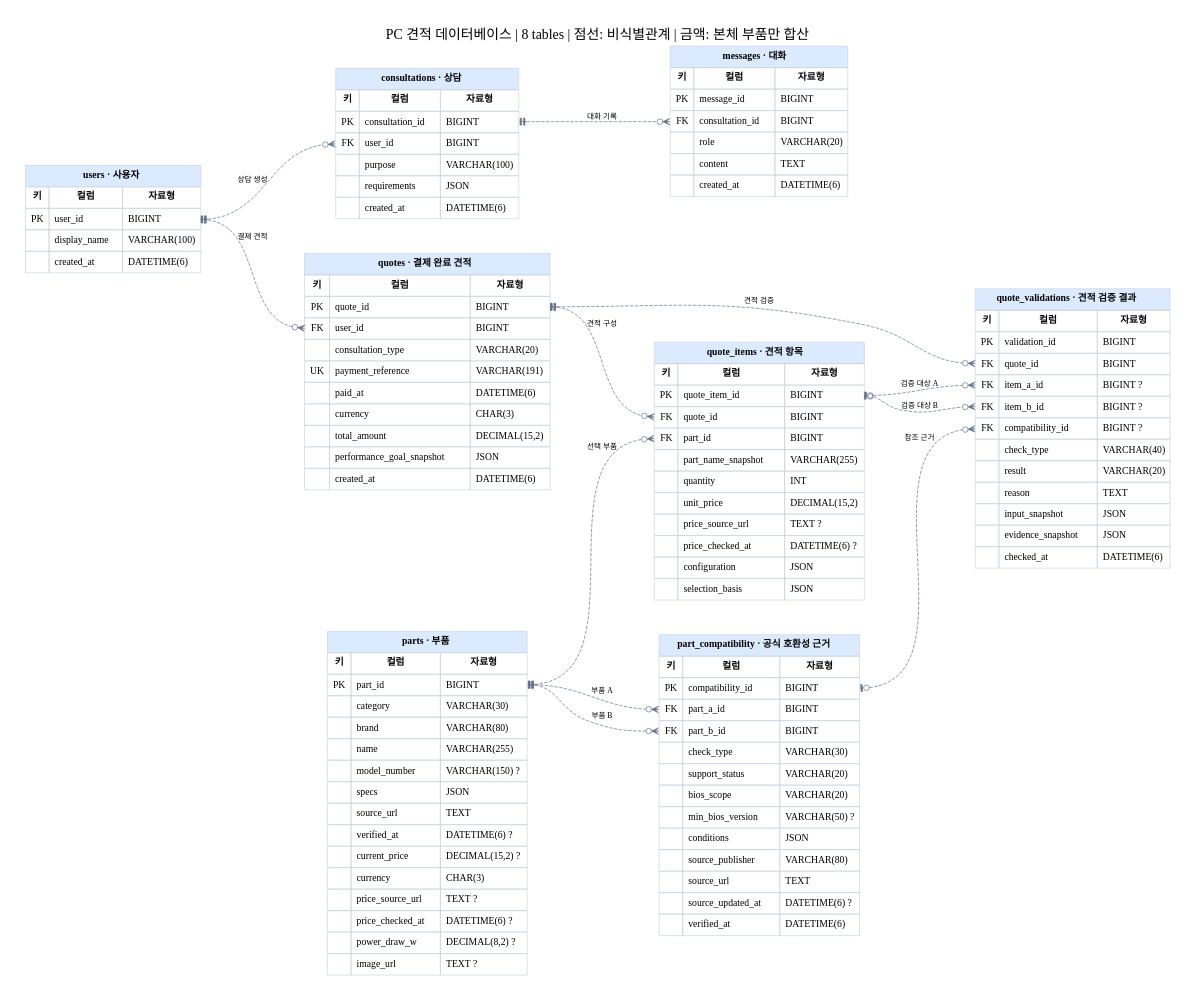
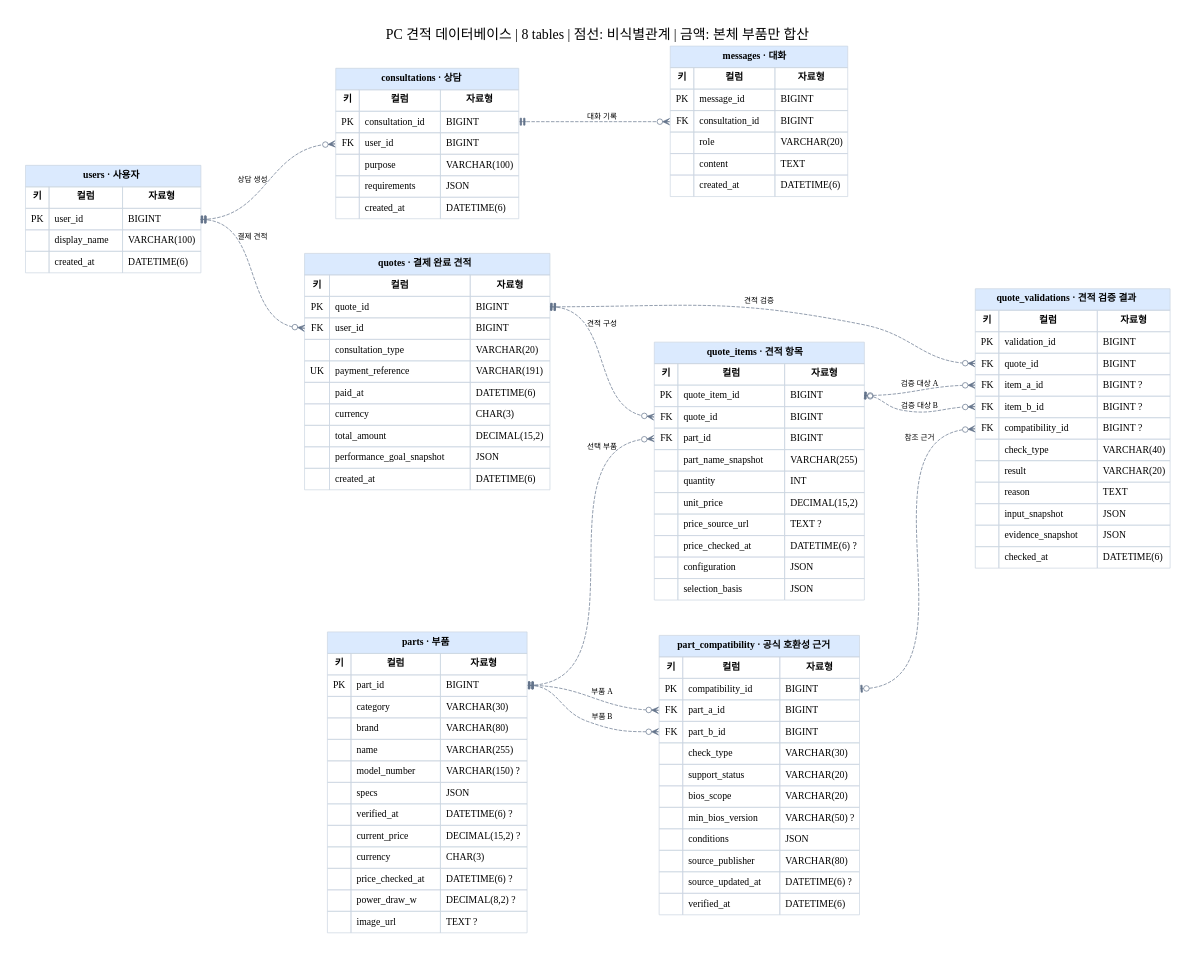
The diagram in docs/database/erd/schema.dot (SKNETWORKS-FAMILY-AICAMP/SKN35-FINAL-6TEAM), drawn with Graphviz before and after one commit. The commit also changed 18 other files, not shown here.

```diff
--- a/docs/database/erd/schema.dot
+++ b/docs/database/erd/schema.dot
@@ -5,10 +5,10 @@
 users [label=<<TABLE BORDER="0" CELLBORDER="1" CELLSPACING="0" CELLPADDING="7" COLOR="#cbd5e1"><TR><TD COLSPAN="3" BGCOLOR="#dbeafe"><B>users · 사용자</B></TD></TR><TR><TD><B>키</B></TD><TD><B>컬럼</B></TD><TD><B>자료형</B></TD></TR><TR><TD PORT="user_id_in">PK</TD><TD ALIGN="LEFT">user_id</TD><TD PORT="user_id_out" ALIGN="LEFT">BIGINT</TD></TR><TR><TD PORT="display_name_in"></TD><TD ALIGN="LEFT">display_name</TD><TD PORT="display_name_out" ALIGN="LEFT">VARCHAR(100)</TD></TR><TR><TD PORT="created_at_in"></TD><TD ALIGN="LEFT">created_at</TD><TD PORT="created_at_out" ALIGN="LEFT">DATETIME(6)</TD></TR></TABLE>>];
 consultations [label=<<TABLE BORDER="0" CELLBORDER="1" CELLSPACING="0" CELLPADDING="7" COLOR="#cbd5e1"><TR><TD COLSPAN="3" BGCOLOR="#dbeafe"><B>consultations · 상담</B></TD></TR><TR><TD><B>키</B></TD><TD><B>컬럼</B></TD><TD><B>자료형</B></TD></TR><TR><TD PORT="consultation_id_in">PK</TD><TD ALIGN="LEFT">consultation_id</TD><TD PORT="consultation_id_out" ALIGN="LEFT">BIGINT</TD></TR><TR><TD PORT="user_id_in">FK</TD><TD ALIGN="LEFT">user_id</TD><TD PORT="user_id_out" ALIGN="LEFT">BIGINT</TD></TR><TR><TD PORT="purpose_in"></TD><TD ALIGN="LEFT">purpose</TD><TD PORT="purpose_out" ALIGN="LEFT">VARCHAR(100)</TD></TR><TR><TD PORT="requirements_in"></TD><TD ALIGN="LEFT">requirements</TD><TD PORT="requirements_out" ALIGN="LEFT">JSON</TD></TR><TR><TD PORT="created_at_in"></TD><TD ALIGN="LEFT">created_at</TD><TD PORT="created_at_out" ALIGN="LEFT">DATETIME(6)</TD></TR></TABLE>>];
 messages [label=<<TABLE BORDER="0" CELLBORDER="1" CELLSPACING="0" CELLPADDING="7" COLOR="#cbd5e1"><TR><TD COLSPAN="3" BGCOLOR="#dbeafe"><B>messages · 대화</B></TD></TR><TR><TD><B>키</B></TD><TD><B>컬럼</B></TD><TD><B>자료형</B></TD></TR><TR><TD PORT="message_id_in">PK</TD><TD ALIGN="LEFT">message_id</TD><TD PORT="message_id_out" ALIGN="LEFT">BIGINT</TD></TR><TR><TD PORT="consultation_id_in">FK</TD><TD ALIGN="LEFT">consultation_id</TD><TD PORT="consultation_id_out" ALIGN="LEFT">BIGINT</TD></TR><TR><TD PORT="role_in"></TD><TD ALIGN="LEFT">role</TD><TD PORT="role_out" ALIGN="LEFT">VARCHAR(20)</TD></TR><TR><TD PORT="content_in"></TD><TD ALIGN="LEFT">content</TD><TD PORT="content_out" ALIGN="LEFT">TEXT</TD></TR><TR><TD PORT="created_at_in"></TD><TD ALIGN="LEFT">created_at</TD><TD PORT="created_at_out" ALIGN="LEFT">DATETIME(6)</TD></TR></TABLE>>];
-parts [label=<<TABLE BORDER="0" CELLBORDER="1" CELLSPACING="0" CELLPADDING="7" COLOR="#cbd5e1"><TR><TD COLSPAN="3" BGCOLOR="#dbeafe"><B>parts · 부품</B></TD></TR><TR><TD><B>키</B></TD><TD><B>컬럼</B></TD><TD><B>자료형</B></TD></TR><TR><TD PORT="part_id_in">PK</TD><TD ALIGN="LEFT">part_id</TD><TD PORT="part_id_out" ALIGN="LEFT">BIGINT</TD></TR><TR><TD PORT="category_in"></TD><TD ALIGN="LEFT">category</TD><TD PORT="category_out" ALIGN="LEFT">VARCHAR(30)</TD></TR><TR><TD PORT="brand_in"></TD><TD ALIGN="LEFT">brand</TD><TD PORT="brand_out" ALIGN="LEFT">VARCHAR(80)</TD></TR><TR><TD PORT="name_in"></TD><TD ALIGN="LEFT">name</TD><TD PORT="name_out" ALIGN="LEFT">VARCHAR(255)</TD></TR><TR><TD PORT="model_number_in"></TD><TD ALIGN="LEFT">model_number</TD><TD PORT="model_number_out" ALIGN="LEFT">VARCHAR(150) ?</TD></TR><TR><TD PORT="specs_in"></TD><TD ALIGN="LEFT">specs</TD><TD PORT="specs_out" ALIGN="LEFT">JSON</TD></TR><TR><TD PORT="source_url_in"></TD><TD ALIGN="LEFT">source_url</TD><TD PORT="source_url_out" ALIGN="LEFT">TEXT</TD></TR><TR><TD PORT="verified_at_in"></TD><TD ALIGN="LEFT">verified_at</TD><TD PORT="verified_at_out" ALIGN="LEFT">DATETIME(6) ?</TD></TR><TR><TD PORT="current_price_in"></TD><TD ALIGN="LEFT">current_price</TD><TD PORT="current_price_out" ALIGN="LEFT">DECIMAL(15,2) ?</TD></TR><TR><TD PORT="currency_in"></TD><TD ALIGN="LEFT">currency</TD><TD PORT="currency_out" ALIGN="LEFT">CHAR(3)</TD></TR><TR><TD PORT="price_source_url_in"></TD><TD ALIGN="LEFT">price_source_url</TD><TD PORT="price_source_url_out" ALIGN="LEFT">TEXT ?</TD></TR><TR><TD PORT="price_checked_at_in"></TD><TD ALIGN="LEFT">price_checked_at</TD><TD PORT="price_checked_at_out" ALIGN="LEFT">DATETIME(6) ?</TD></TR><TR><TD PORT="power_draw_w_in"></TD><TD ALIGN="LEFT">power_draw_w</TD><TD PORT="power_draw_w_out" ALIGN="LEFT">DECIMAL(8,2) ?</TD></TR><TR><TD PORT="image_url_in"></TD><TD ALIGN="LEFT">image_url</TD><TD PORT="image_url_out" ALIGN="LEFT">TEXT ?</TD></TR></TABLE>>];
+parts [label=<<TABLE BORDER="0" CELLBORDER="1" CELLSPACING="0" CELLPADDING="7" COLOR="#cbd5e1"><TR><TD COLSPAN="3" BGCOLOR="#dbeafe"><B>parts · 부품</B></TD></TR><TR><TD><B>키</B></TD><TD><B>컬럼</B></TD><TD><B>자료형</B></TD></TR><TR><TD PORT="part_id_in">PK</TD><TD ALIGN="LEFT">part_id</TD><TD PORT="part_id_out" ALIGN="LEFT">BIGINT</TD></TR><TR><TD PORT="category_in"></TD><TD ALIGN="LEFT">category</TD><TD PORT="category_out" ALIGN="LEFT">VARCHAR(30)</TD></TR><TR><TD PORT="brand_in"></TD><TD ALIGN="LEFT">brand</TD><TD PORT="brand_out" ALIGN="LEFT">VARCHAR(80)</TD></TR><TR><TD PORT="name_in"></TD><TD ALIGN="LEFT">name</TD><TD PORT="name_out" ALIGN="LEFT">VARCHAR(255)</TD></TR><TR><TD PORT="model_number_in"></TD><TD ALIGN="LEFT">model_number</TD><TD PORT="model_number_out" ALIGN="LEFT">VARCHAR(150) ?</TD></TR><TR><TD PORT="specs_in"></TD><TD ALIGN="LEFT">specs</TD><TD PORT="specs_out" ALIGN="LEFT">JSON</TD></TR><TR><TD PORT="verified_at_in"></TD><TD ALIGN="LEFT">verified_at</TD><TD PORT="verified_at_out" ALIGN="LEFT">DATETIME(6) ?</TD></TR><TR><TD PORT="current_price_in"></TD><TD ALIGN="LEFT">current_price</TD><TD PORT="current_price_out" ALIGN="LEFT">DECIMAL(15,2) ?</TD></TR><TR><TD PORT="currency_in"></TD><TD ALIGN="LEFT">currency</TD><TD PORT="currency_out" ALIGN="LEFT">CHAR(3)</TD></TR><TR><TD PORT="price_checked_at_in"></TD><TD ALIGN="LEFT">price_checked_at</TD><TD PORT="price_checked_at_out" ALIGN="LEFT">DATETIME(6) ?</TD></TR><TR><TD PORT="power_draw_w_in"></TD><TD ALIGN="LEFT">power_draw_w</TD><TD PORT="power_draw_w_out" ALIGN="LEFT">DECIMAL(8,2) ?</TD></TR><TR><TD PORT="image_url_in"></TD><TD ALIGN="LEFT">image_url</TD><TD PORT="image_url_out" ALIGN="LEFT">TEXT ?</TD></TR></TABLE>>];
 quotes [label=<<TABLE BORDER="0" CELLBORDER="1" CELLSPACING="0" CELLPADDING="7" COLOR="#cbd5e1"><TR><TD COLSPAN="3" BGCOLOR="#dbeafe"><B>quotes · 결제 완료 견적</B></TD></TR><TR><TD><B>키</B></TD><TD><B>컬럼</B></TD><TD><B>자료형</B></TD></TR><TR><TD PORT="quote_id_in">PK</TD><TD ALIGN="LEFT">quote_id</TD><TD PORT="quote_id_out" ALIGN="LEFT">BIGINT</TD></TR><TR><TD PORT="user_id_in">FK</TD><TD ALIGN="LEFT">user_id</TD><TD PORT="user_id_out" ALIGN="LEFT">BIGINT</TD></TR><TR><TD PORT="consultation_type_in"></TD><TD ALIGN="LEFT">consultation_type</TD><TD PORT="consultation_type_out" ALIGN="LEFT">VARCHAR(20)</TD></TR><TR><TD PORT="payment_reference_in">UK</TD><TD ALIGN="LEFT">payment_reference</TD><TD PORT="payment_reference_out" ALIGN="LEFT">VARCHAR(191)</TD></TR><TR><TD PORT="paid_at_in"></TD><TD ALIGN="LEFT">paid_at</TD><TD PORT="paid_at_out" ALIGN="LEFT">DATETIME(6)</TD></TR><TR><TD PORT="currency_in"></TD><TD ALIGN="LEFT">currency</TD><TD PORT="currency_out" ALIGN="LEFT">CHAR(3)</TD></TR><TR><TD PORT="total_amount_in"></TD><TD ALIGN="LEFT">total_amount</TD><TD PORT="total_amount_out" ALIGN="LEFT">DECIMAL(15,2)</TD></TR><TR><TD PORT="performance_goal_snapshot_in"></TD><TD ALIGN="LEFT">performance_goal_snapshot</TD><TD PORT="performance_goal_snapshot_out" ALIGN="LEFT">JSON</TD></TR><TR><TD PORT="created_at_in"></TD><TD ALIGN="LEFT">created_at</TD><TD PORT="created_at_out" ALIGN="LEFT">DATETIME(6)</TD></TR></TABLE>>];
 quote_items [label=<<TABLE BORDER="0" CELLBORDER="1" CELLSPACING="0" CELLPADDING="7" COLOR="#cbd5e1"><TR><TD COLSPAN="3" BGCOLOR="#dbeafe"><B>quote_items · 견적 항목</B></TD></TR><TR><TD><B>키</B></TD><TD><B>컬럼</B></TD><TD><B>자료형</B></TD></TR><TR><TD PORT="quote_item_id_in">PK</TD><TD ALIGN="LEFT">quote_item_id</TD><TD PORT="quote_item_id_out" ALIGN="LEFT">BIGINT</TD></TR><TR><TD PORT="quote_id_in">FK</TD><TD ALIGN="LEFT">quote_id</TD><TD PORT="quote_id_out" ALIGN="LEFT">BIGINT</TD></TR><TR><TD PORT="part_id_in">FK</TD><TD ALIGN="LEFT">part_id</TD><TD PORT="part_id_out" ALIGN="LEFT">BIGINT</TD></TR><TR><TD PORT="part_name_snapshot_in"></TD><TD ALIGN="LEFT">part_name_snapshot</TD><TD PORT="part_name_snapshot_out" ALIGN="LEFT">VARCHAR(255)</TD></TR><TR><TD PORT="quantity_in"></TD><TD ALIGN="LEFT">quantity</TD><TD PORT="quantity_out" ALIGN="LEFT">INT</TD></TR><TR><TD PORT="unit_price_in"></TD><TD ALIGN="LEFT">unit_price</TD><TD PORT="unit_price_out" ALIGN="LEFT">DECIMAL(15,2)</TD></TR><TR><TD PORT="price_source_url_in"></TD><TD ALIGN="LEFT">price_source_url</TD><TD PORT="price_source_url_out" ALIGN="LEFT">TEXT ?</TD></TR><TR><TD PORT="price_checked_at_in"></TD><TD ALIGN="LEFT">price_checked_at</TD><TD PORT="price_checked_at_out" ALIGN="LEFT">DATETIME(6) ?</TD></TR><TR><TD PORT="configuration_in"></TD><TD ALIGN="LEFT">configuration</TD><TD PORT="configuration_out" ALIGN="LEFT">JSON</TD></TR><TR><TD PORT="selection_basis_in"></TD><TD ALIGN="LEFT">selection_basis</TD><TD PORT="selection_basis_out" ALIGN="LEFT">JSON</TD></TR></TABLE>>];
-part_compatibility [label=<<TABLE BORDER="0" CELLBORDER="1" CELLSPACING="0" CELLPADDING="7" COLOR="#cbd5e1"><TR><TD COLSPAN="3" BGCOLOR="#dbeafe"><B>part_compatibility · 공식 호환성 근거</B></TD></TR><TR><TD><B>키</B></TD><TD><B>컬럼</B></TD><TD><B>자료형</B></TD></TR><TR><TD PORT="compatibility_id_in">PK</TD><TD ALIGN="LEFT">compatibility_id</TD><TD PORT="compatibility_id_out" ALIGN="LEFT">BIGINT</TD></TR><TR><TD PORT="part_a_id_in">FK</TD><TD ALIGN="LEFT">part_a_id</TD><TD PORT="part_a_id_out" ALIGN="LEFT">BIGINT</TD></TR><TR><TD PORT="part_b_id_in">FK</TD><TD ALIGN="LEFT">part_b_id</TD><TD PORT="part_b_id_out" ALIGN="LEFT">BIGINT</TD></TR><TR><TD PORT="check_type_in"></TD><TD ALIGN="LEFT">check_type</TD><TD PORT="check_type_out" ALIGN="LEFT">VARCHAR(30)</TD></TR><TR><TD PORT="support_status_in"></TD><TD ALIGN="LEFT">support_status</TD><TD PORT="support_status_out" ALIGN="LEFT">VARCHAR(20)</TD></TR><TR><TD PORT="bios_scope_in"></TD><TD ALIGN="LEFT">bios_scope</TD><TD PORT="bios_scope_out" ALIGN="LEFT">VARCHAR(20)</TD></TR><TR><TD PORT="min_bios_version_in"></TD><TD ALIGN="LEFT">min_bios_version</TD><TD PORT="min_bios_version_out" ALIGN="LEFT">VARCHAR(50) ?</TD></TR><TR><TD PORT="conditions_in"></TD><TD ALIGN="LEFT">conditions</TD><TD PORT="conditions_out" ALIGN="LEFT">JSON</TD></TR><TR><TD PORT="source_publisher_in"></TD><TD ALIGN="LEFT">source_publisher</TD><TD PORT="source_publisher_out" ALIGN="LEFT">VARCHAR(80)</TD></TR><TR><TD PORT="source_url_in"></TD><TD ALIGN="LEFT">source_url</TD><TD PORT="source_url_out" ALIGN="LEFT">TEXT</TD></TR><TR><TD PORT="source_updated_at_in"></TD><TD ALIGN="LEFT">source_updated_at</TD><TD PORT="source_updated_at_out" ALIGN="LEFT">DATETIME(6) ?</TD></TR><TR><TD PORT="verified_at_in"></TD><TD ALIGN="LEFT">verified_at</TD><TD PORT="verified_at_out" ALIGN="LEFT">DATETIME(6)</TD></TR></TABLE>>];
+part_compatibility [label=<<TABLE BORDER="0" CELLBORDER="1" CELLSPACING="0" CELLPADDING="7" COLOR="#cbd5e1"><TR><TD COLSPAN="3" BGCOLOR="#dbeafe"><B>part_compatibility · 공식 호환성 근거</B></TD></TR><TR><TD><B>키</B></TD><TD><B>컬럼</B></TD><TD><B>자료형</B></TD></TR><TR><TD PORT="compatibility_id_in">PK</TD><TD ALIGN="LEFT">compatibility_id</TD><TD PORT="compatibility_id_out" ALIGN="LEFT">BIGINT</TD></TR><TR><TD PORT="part_a_id_in">FK</TD><TD ALIGN="LEFT">part_a_id</TD><TD PORT="part_a_id_out" ALIGN="LEFT">BIGINT</TD></TR><TR><TD PORT="part_b_id_in">FK</TD><TD ALIGN="LEFT">part_b_id</TD><TD PORT="part_b_id_out" ALIGN="LEFT">BIGINT</TD></TR><TR><TD PORT="check_type_in"></TD><TD ALIGN="LEFT">check_type</TD><TD PORT="check_type_out" ALIGN="LEFT">VARCHAR(30)</TD></TR><TR><TD PORT="support_status_in"></TD><TD ALIGN="LEFT">support_status</TD><TD PORT="support_status_out" ALIGN="LEFT">VARCHAR(20)</TD></TR><TR><TD PORT="bios_scope_in"></TD><TD ALIGN="LEFT">bios_scope</TD><TD PORT="bios_scope_out" ALIGN="LEFT">VARCHAR(20)</TD></TR><TR><TD PORT="min_bios_version_in"></TD><TD ALIGN="LEFT">min_bios_version</TD><TD PORT="min_bios_version_out" ALIGN="LEFT">VARCHAR(50) ?</TD></TR><TR><TD PORT="conditions_in"></TD><TD ALIGN="LEFT">conditions</TD><TD PORT="conditions_out" ALIGN="LEFT">JSON</TD></TR><TR><TD PORT="source_publisher_in"></TD><TD ALIGN="LEFT">source_publisher</TD><TD PORT="source_publisher_out" ALIGN="LEFT">VARCHAR(80)</TD></TR><TR><TD PORT="source_updated_at_in"></TD><TD ALIGN="LEFT">source_updated_at</TD><TD PORT="source_updated_at_out" ALIGN="LEFT">DATETIME(6) ?</TD></TR><TR><TD PORT="verified_at_in"></TD><TD ALIGN="LEFT">verified_at</TD><TD PORT="verified_at_out" ALIGN="LEFT">DATETIME(6)</TD></TR></TABLE>>];
 quote_validations [label=<<TABLE BORDER="0" CELLBORDER="1" CELLSPACING="0" CELLPADDING="7" COLOR="#cbd5e1"><TR><TD COLSPAN="3" BGCOLOR="#dbeafe"><B>quote_validations · 견적 검증 결과</B></TD></TR><TR><TD><B>키</B></TD><TD><B>컬럼</B></TD><TD><B>자료형</B></TD></TR><TR><TD PORT="validation_id_in">PK</TD><TD ALIGN="LEFT">validation_id</TD><TD PORT="validation_id_out" ALIGN="LEFT">BIGINT</TD></TR><TR><TD PORT="quote_id_in">FK</TD><TD ALIGN="LEFT">quote_id</TD><TD PORT="quote_id_out" ALIGN="LEFT">BIGINT</TD></TR><TR><TD PORT="item_a_id_in">FK</TD><TD ALIGN="LEFT">item_a_id</TD><TD PORT="item_a_id_out" ALIGN="LEFT">BIGINT ?</TD></TR><TR><TD PORT="item_b_id_in">FK</TD><TD ALIGN="LEFT">item_b_id</TD><TD PORT="item_b_id_out" ALIGN="LEFT">BIGINT ?</TD></TR><TR><TD PORT="compatibility_id_in">FK</TD><TD ALIGN="LEFT">compatibility_id</TD><TD PORT="compatibility_id_out" ALIGN="LEFT">BIGINT ?</TD></TR><TR><TD PORT="check_type_in"></TD><TD ALIGN="LEFT">check_type</TD><TD PORT="check_type_out" ALIGN="LEFT">VARCHAR(40)</TD></TR><TR><TD PORT="result_in"></TD><TD ALIGN="LEFT">result</TD><TD PORT="result_out" ALIGN="LEFT">VARCHAR(20)</TD></TR><TR><TD PORT="reason_in"></TD><TD ALIGN="LEFT">reason</TD><TD PORT="reason_out" ALIGN="LEFT">TEXT</TD></TR><TR><TD PORT="input_snapshot_in"></TD><TD ALIGN="LEFT">input_snapshot</TD><TD PORT="input_snapshot_out" ALIGN="LEFT">JSON</TD></TR><TR><TD PORT="evidence_snapshot_in"></TD><TD ALIGN="LEFT">evidence_snapshot</TD><TD PORT="evidence_snapshot_out" ALIGN="LEFT">JSON</TD></TR><TR><TD PORT="checked_at_in"></TD><TD ALIGN="LEFT">checked_at</TD><TD PORT="checked_at_out" ALIGN="LEFT">DATETIME(6)</TD></TR></TABLE>>];
 users:user_id_out:e -> consultations:user_id_in:w [label="상담 생성", arrowtail="teetee", arrowhead="crowodot"];
 consultations:consultation_id_out:e -> messages:consultation_id_in:w [label="대화 기록", arrowtail="teetee", arrowhead="crowodot"];
```
